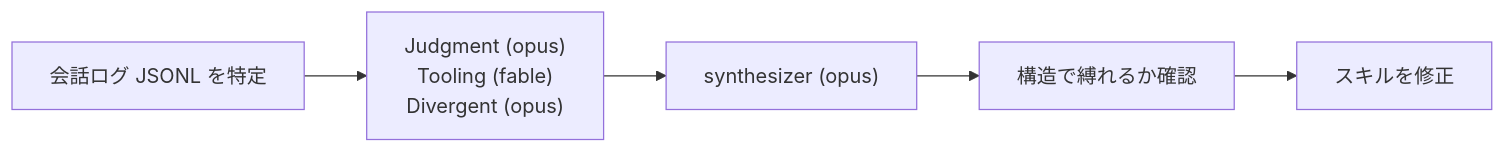
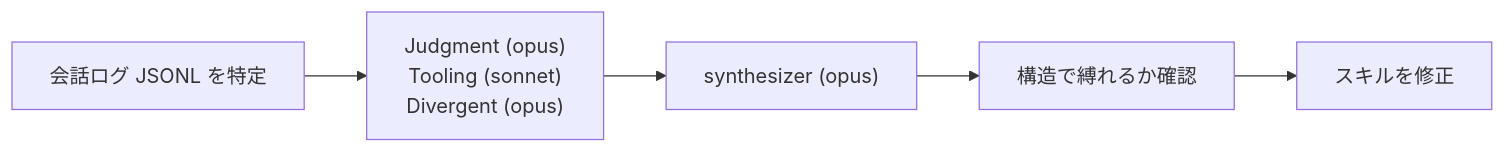
One commit to souljazzfunk/lab changed the ninth of 12 diagrams in pstack-cc/docs/skill-map.ja.md. Above: the diagram before and after it, drawn with Mermaid. The commit also changed other lines of this file and 49 other files, not shown here.

````diff
--- a/pstack-cc/docs/skill-map.ja.md
+++ b/pstack-cc/docs/skill-map.ja.md
@@ -175,7 +177,7 @@
 ```mermaid
 flowchart LR
-  A[会話ログ JSONL を特定] --> B["Judgment (opus)<br/>Tooling (fable)<br/>Divergent (opus)"]
+  A[会話ログ JSONL を特定] --> B["Judgment (opus)<br/>Tooling (sonnet)<br/>Divergent (opus)"]
   B --> C["synthesizer (opus)"]
   C --> D[構造で縛れるか確認]
   D --> E[スキルを修正]
 ```
````
